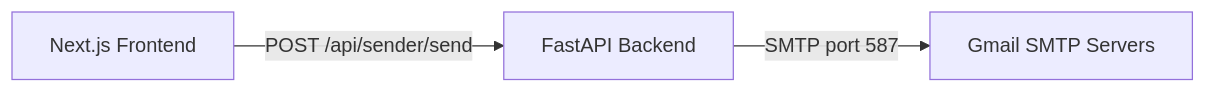
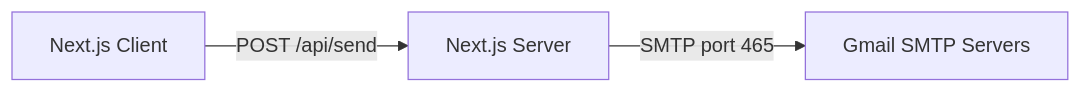
One commit to Harsh-karn/Extremis changed the second of 2 diagrams in README.md. Above: the diagram before and after it, drawn with Mermaid. The commit also changed other lines of this file and 18 other files, not shown here.

Commit message:
feat: Migrate from Python backend to pure Next.js Serverless API

````diff
--- a/README.md
+++ b/README.md
@@ -55,5 +56,5 @@
 ```mermaid
 flowchart LR
-    A[Next.js Frontend] -->|POST /api/sender/send| B[FastAPI Backend]
-    B -->|SMTP port 587| C[Gmail SMTP Servers]
+    A[Next.js Client] -->|POST /api/send| B[Next.js Server]
+    B -->|SMTP port 465| C[Gmail SMTP Servers]
 ```
````
